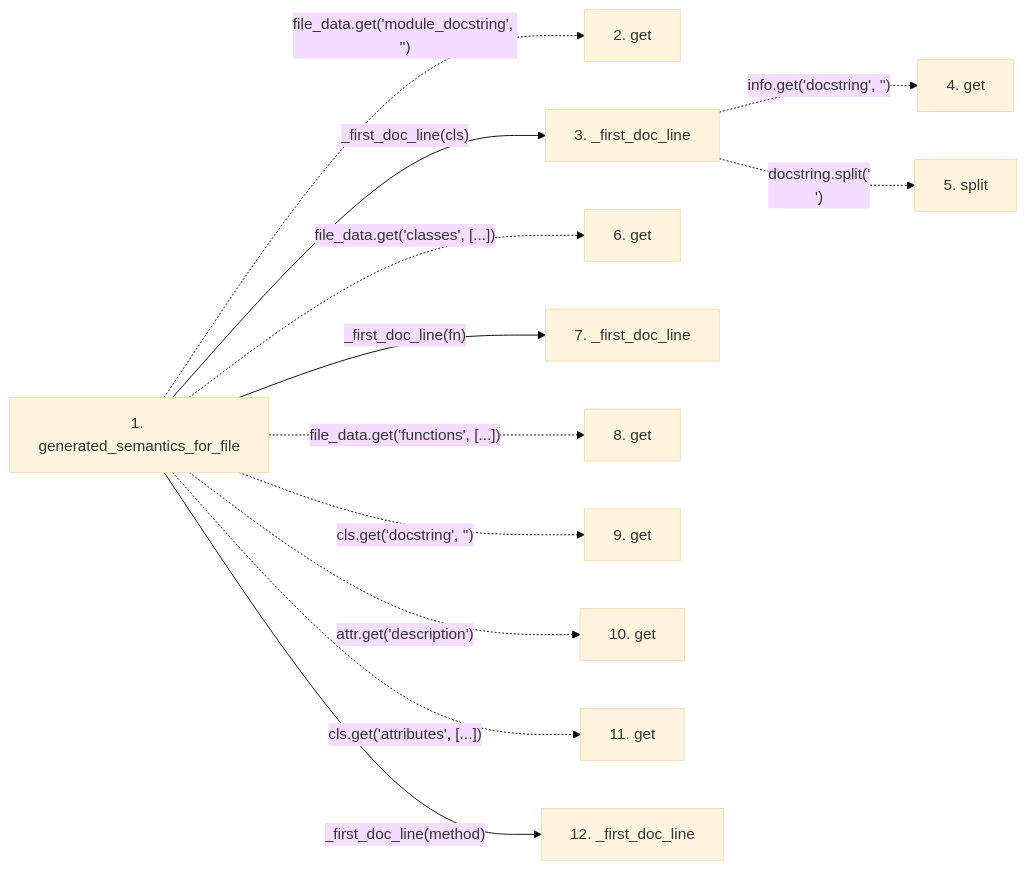
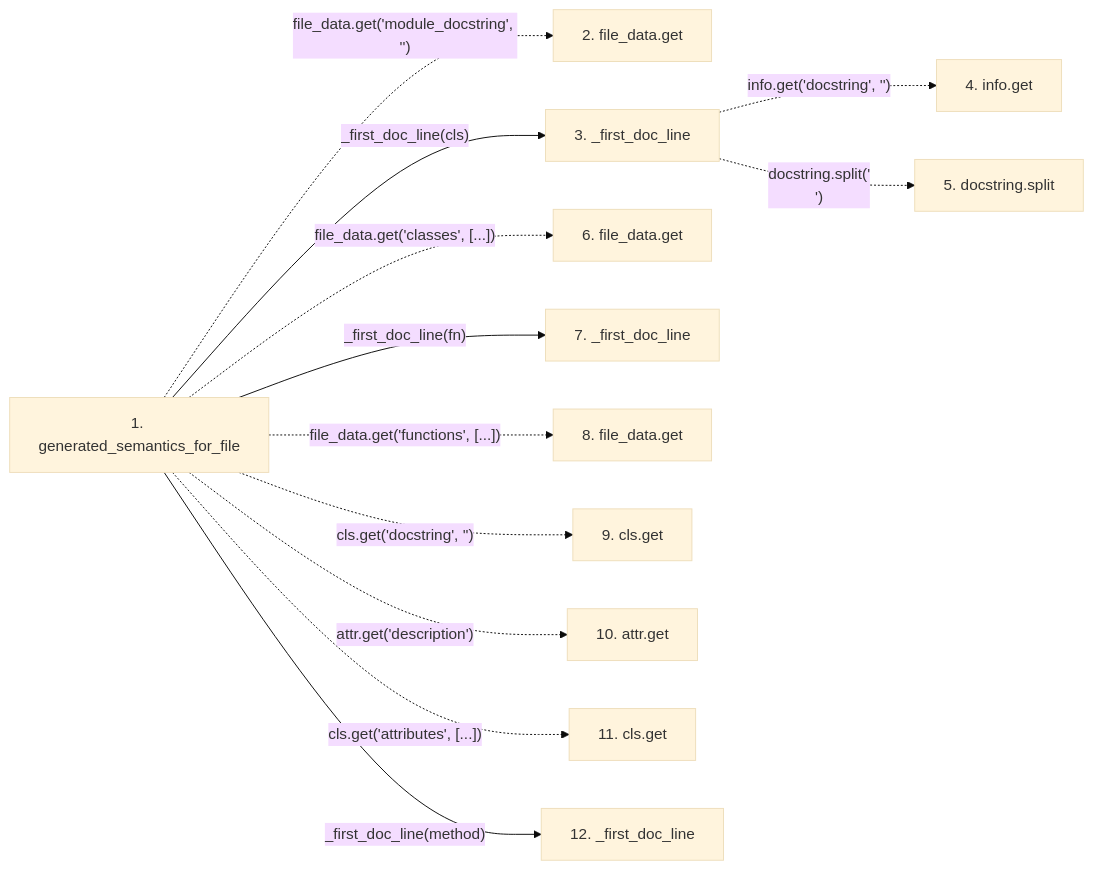
Before and after one commit to Denissvgn/python-wiki-llm: the second of 2 diagrams in docs/llm_wiki/flows/api-generated_semantics_for_file.md, drawn with Mermaid (base theme). The commit also changed other lines of this file and 719 other files, not shown here.

````diff
--- a/docs/llm_wiki/flows/api-generated_semantics_for_file.md
+++ b/docs/llm_wiki/flows/api-generated_semantics_for_file.md
@@ -34,30 +37,30 @@
 ```mermaid
 flowchart LR
     s1["1. generated_semantics_for_file"]
-    s2["2. get"]
+    s2["2. file_data.get"]
     s3["3. _first_doc_line"]
-    s4["4. get"]
-    s5["5. split"]
-    s6["6. get"]
+    s4["4. info.get"]
+    s5["5. docstring.split"]
+    s6["6. file_data.get"]
     s7["7. _first_doc_line"]
-    s8["8. get"]
-    s9["9. get"]
-    s10["10. get"]
-    s11["11. get"]
+    s8["8. file_data.get"]
+    s9["9. cls.get"]
+    s10["10. attr.get"]
+    s11["11. cls.get"]
     s12["12. _first_doc_line"]
     s1 -. "file_data.get('module_docstring', '')" .-> s2
     s1 -->|"_first_doc_line(cls)"| s3
     s3 -. "info.get('docstring', '')" .-> s4
     s3 -. "docstring.split('\n')" .-> s5
     s1 -. "file_data.get('classes', [...])" .-> s6
     s1 -->|"_first_doc_line(fn)"| s7
     s1 -. "file_data.get('functions', [...])" .-> s8
     s1 -. "cls.get('docstring', '')" .-> s9
     s1 -. "attr.get('description')" .-> s10
     s1 -. "cls.get('attributes', [...])" .-> s11
     s1 -->|"_first_doc_line(method)"| s12
     click s1 "../modules/sync_manifest.md"
     click s3 "../modules/sync_manifest.md"
     click s7 "../modules/sync_manifest.md"
     click s12 "../modules/sync_manifest.md"
 ```
````
